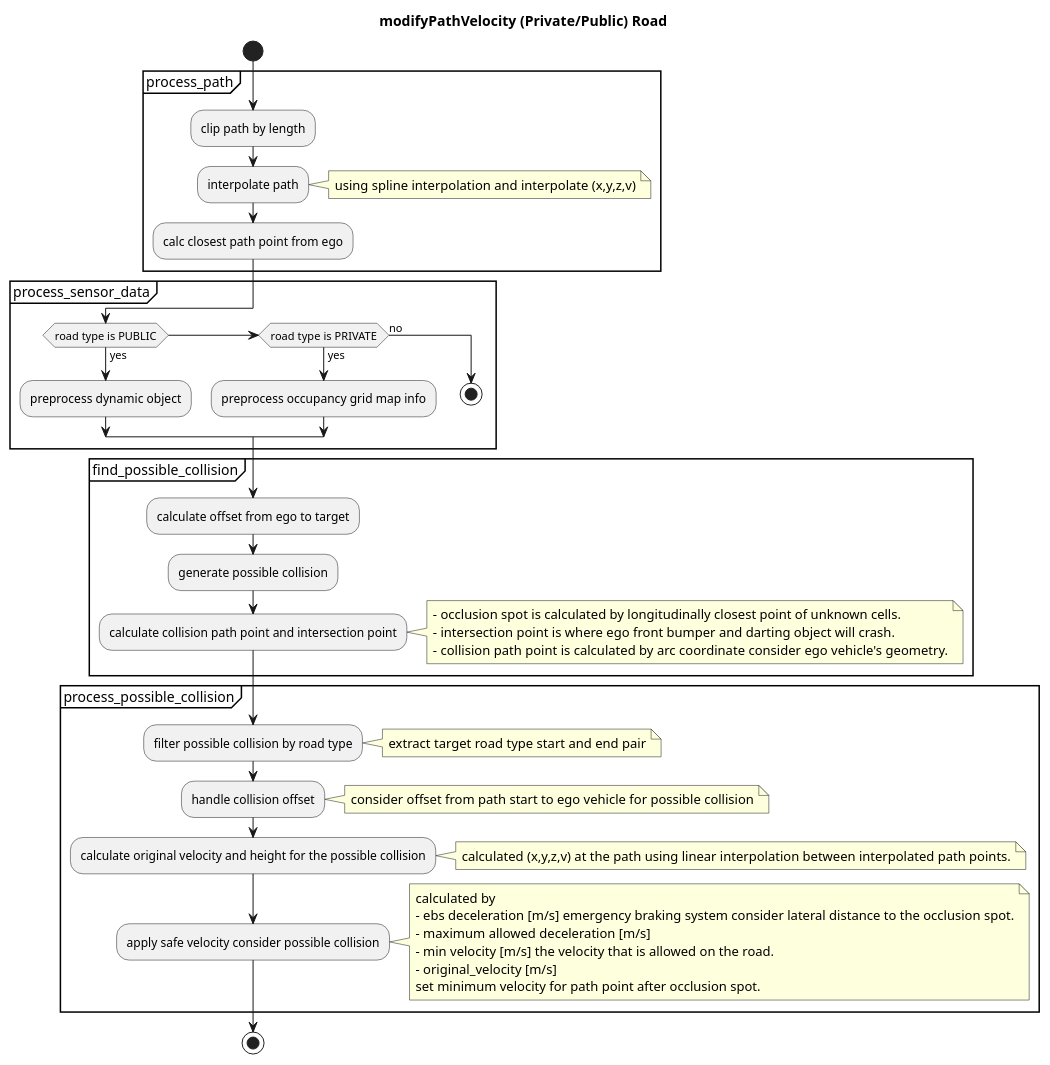
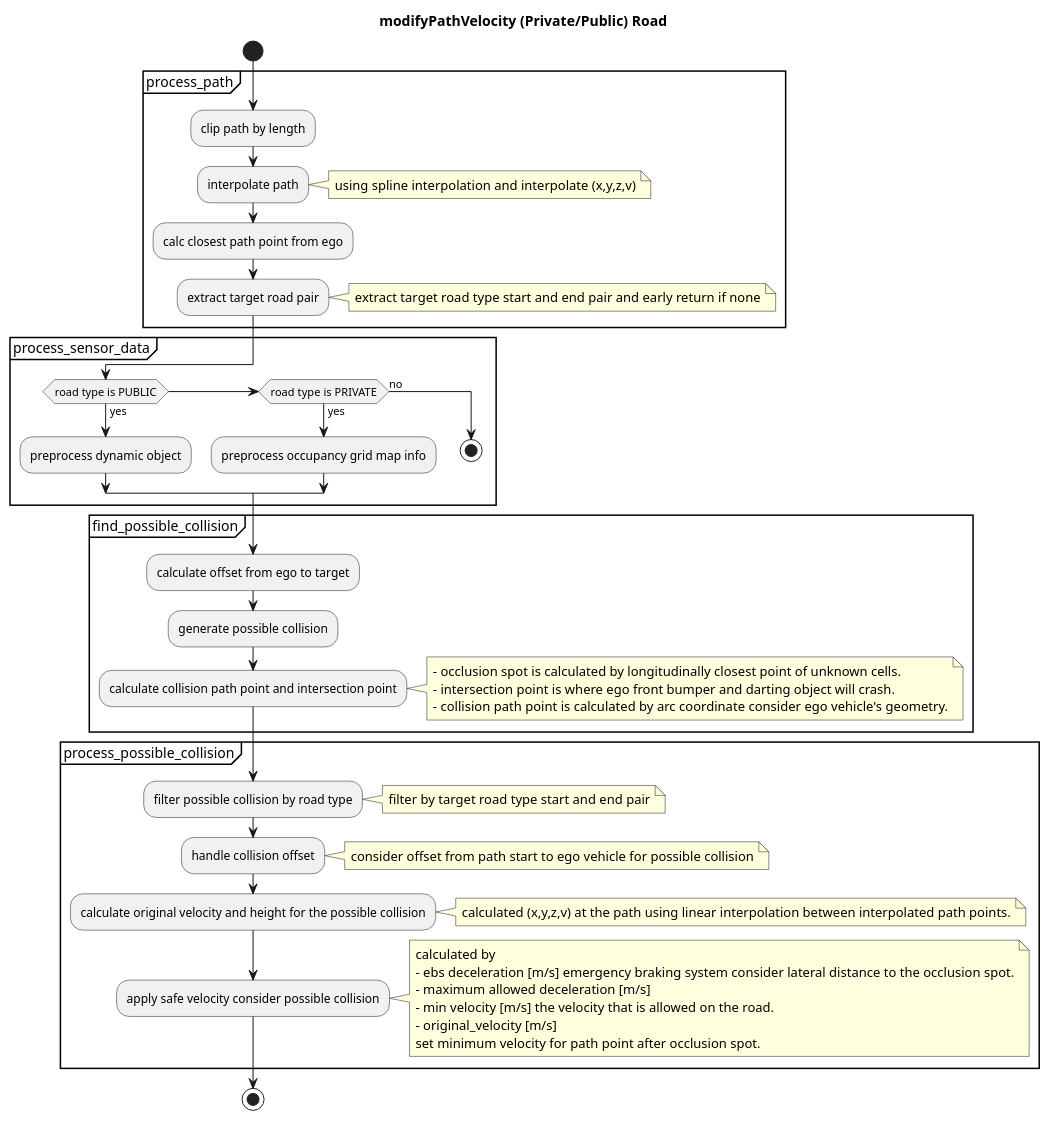
The first of 3 diagrams in planning/behavior_velocity_planner/occlusion-spot-design.md (autowarefoundation/autoware.universe), drawn with PlantUML before and after one commit. The commit also changed other lines of this file and 4 other files, not shown here.

Commit message:
feat(behavior_velocity): early return at no target road type

````diff
--- a/planning/behavior_velocity_planner/occlusion-spot-design.md
+++ b/planning/behavior_velocity_planner/occlusion-spot-design.md
@@ -89,60 +89,64 @@
 ```plantuml
 @startuml
 title modifyPathVelocity (Private/Public) Road
 start
 
 partition process_path {
 :clip path by length;
 :interpolate path;
 note right
   using spline interpolation and interpolate (x,y,z,v)
 end note
 :calc closest path point from ego;
+:extract target road pair;
+note right
+extract target road type start and end pair and early return if none
+end note
 }
 
 partition process_sensor_data {
 if (road type is PUBLIC) then (yes)
   :preprocess dynamic object;
 else if (road type is PRIVATE) then (yes)
   :preprocess occupancy grid map info;
 else (no)
   stop
 endif
 }
 partition find_possible_collision {
 :calculate offset from ego to target;
 :generate possible collision;
 :calculate collision path point and intersection point;
 note right
   - occlusion spot is calculated by longitudinally closest point of unknown cells.
   - intersection point is where ego front bumper and darting object will crash.
   - collision path point is calculated by arc coordinate consider ego vehicle's geometry.
 end note
 
 }
 partition process_possible_collision {
 :filter possible collision by road type;
 note right
-extract target road type start and end pair
+filter by target road type start and end pair
 end note
 :handle collision offset;
 note right
 consider offset from path start to ego vehicle for possible collision
 end note
 :calculate original velocity and height for the possible collision;
 note right
 calculated (x,y,z,v) at the path using linear interpolation between interpolated path points.
 end note
 :apply safe velocity consider possible collision;
 note right
 calculated by
 - ebs deceleration [m/s] emergency braking system consider lateral distance to the occlusion spot.
 - maximum allowed deceleration [m/s]
 - min velocity [m/s] the velocity that is allowed on the road.
 - original_velocity [m/s]
 set minimum velocity for path point after occlusion spot.
 end note
 }
 stop
 @enduml
 ```
````
